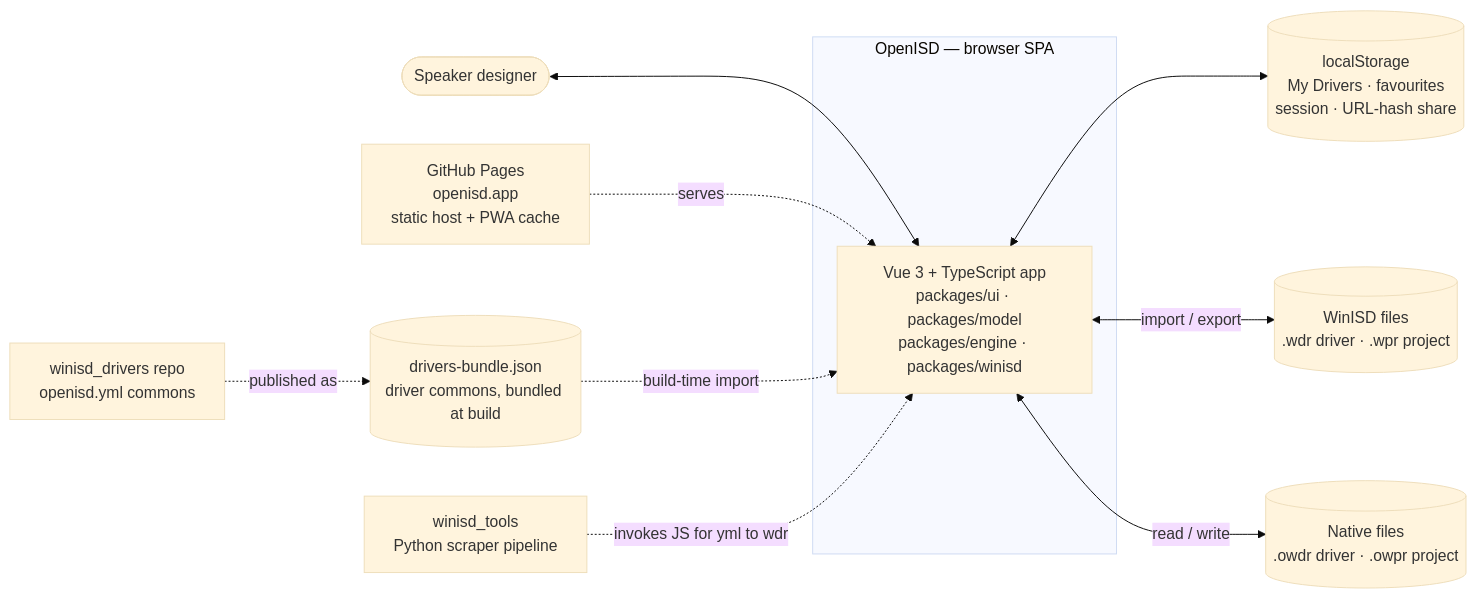
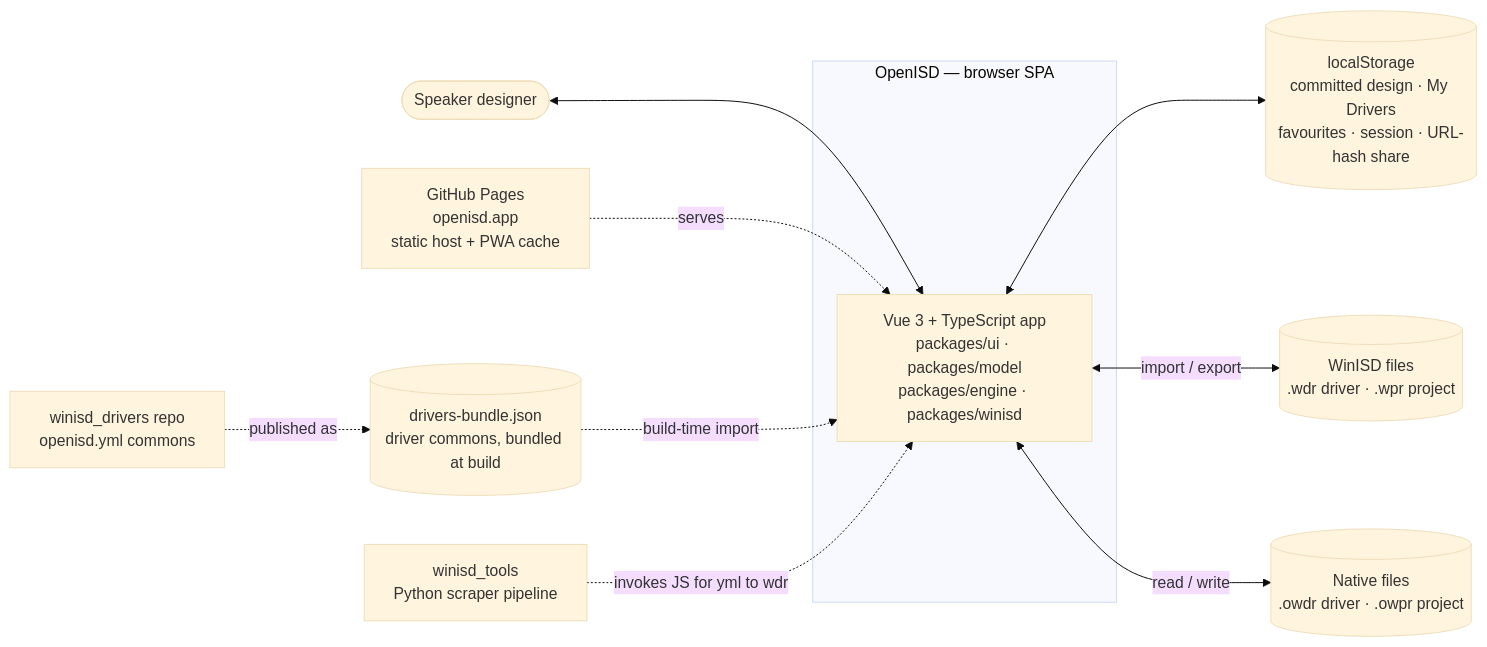
The first of 3 diagrams in ARCHITECTURE.md (Johnlon/openisd), drawn with Mermaid (base theme) before and after one commit. The commit also changed other lines of this file and 15 other files, not shown here.

````diff
--- a/ARCHITECTURE.md
+++ b/ARCHITECTURE.md
@@ -43,25 +43,25 @@
 ```mermaid
 graph LR
     USER(["Speaker designer"])
 
     subgraph app["OpenISD — browser SPA"]
         APP["Vue 3 + TypeScript app<br/>packages/ui · packages/model<br/>packages/engine · packages/winisd"]
     end
 
     PAGES["GitHub Pages<br/>openisd.app<br/>static host + PWA cache"]
-    LS[("localStorage<br/>My Drivers · favourites<br/>session · URL-hash share")]
+    LS[("localStorage<br/>committed design · My Drivers<br/>favourites · session · URL-hash share")]
     BUNDLE[("drivers-bundle.json<br/>driver commons, bundled at build")]
     WDR[("WinISD files<br/>.wdr driver · .wpr project")]
     OWDR[("Native files<br/>.owdr driver · .owpr project")]
     DRIVERS["winisd_drivers repo<br/>openisd.yml commons"]
     TOOLS["winisd_tools<br/>Python scraper pipeline"]
 
     USER <--> APP
     PAGES -.serves.-> APP
     APP <--> LS
     BUNDLE -.build-time import.-> APP
     APP <-->|import / export| WDR
     APP <-->|read / write| OWDR
     DRIVERS -.published as.-> BUNDLE
     TOOLS -.invokes JS for yml to wdr.-> APP
 ```
````
